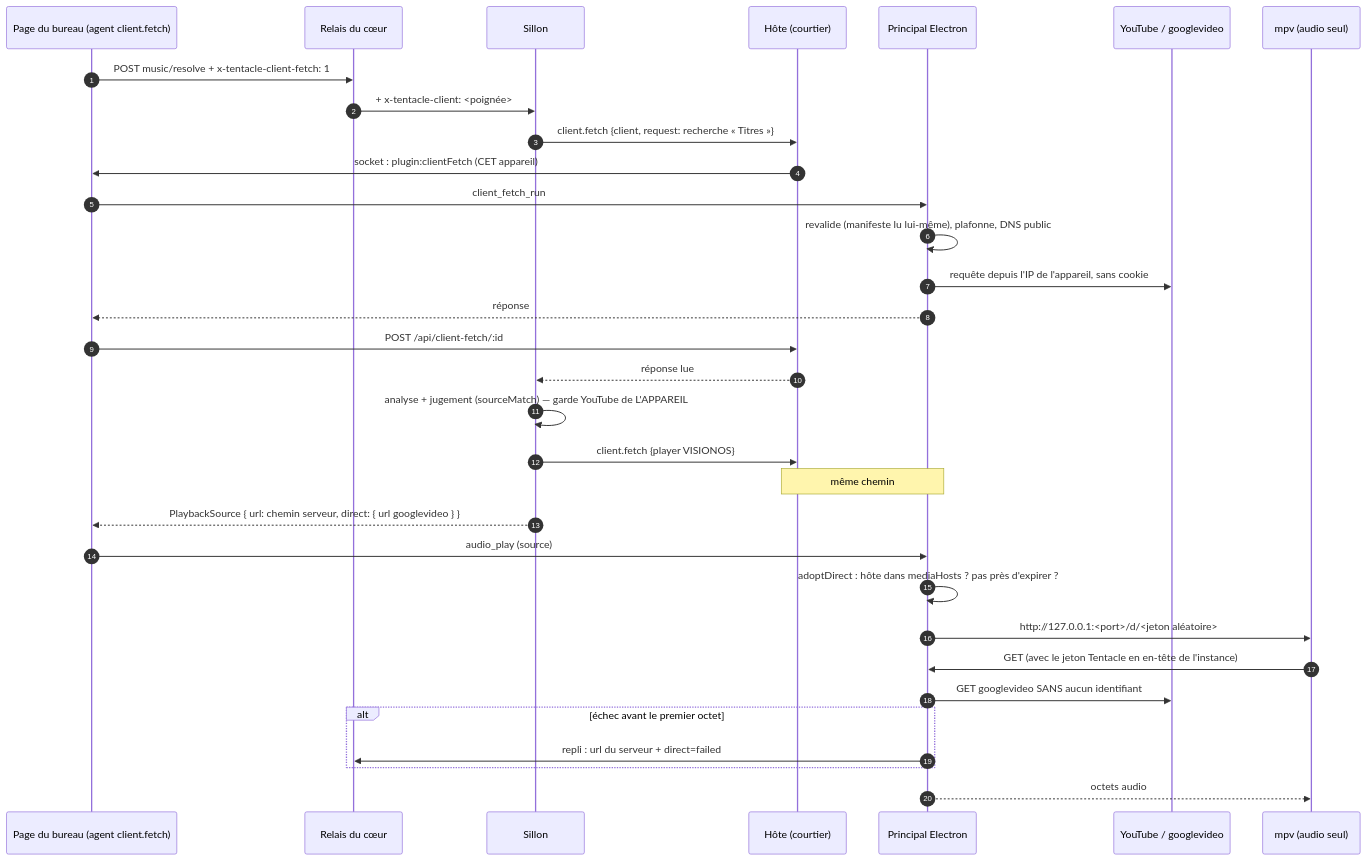
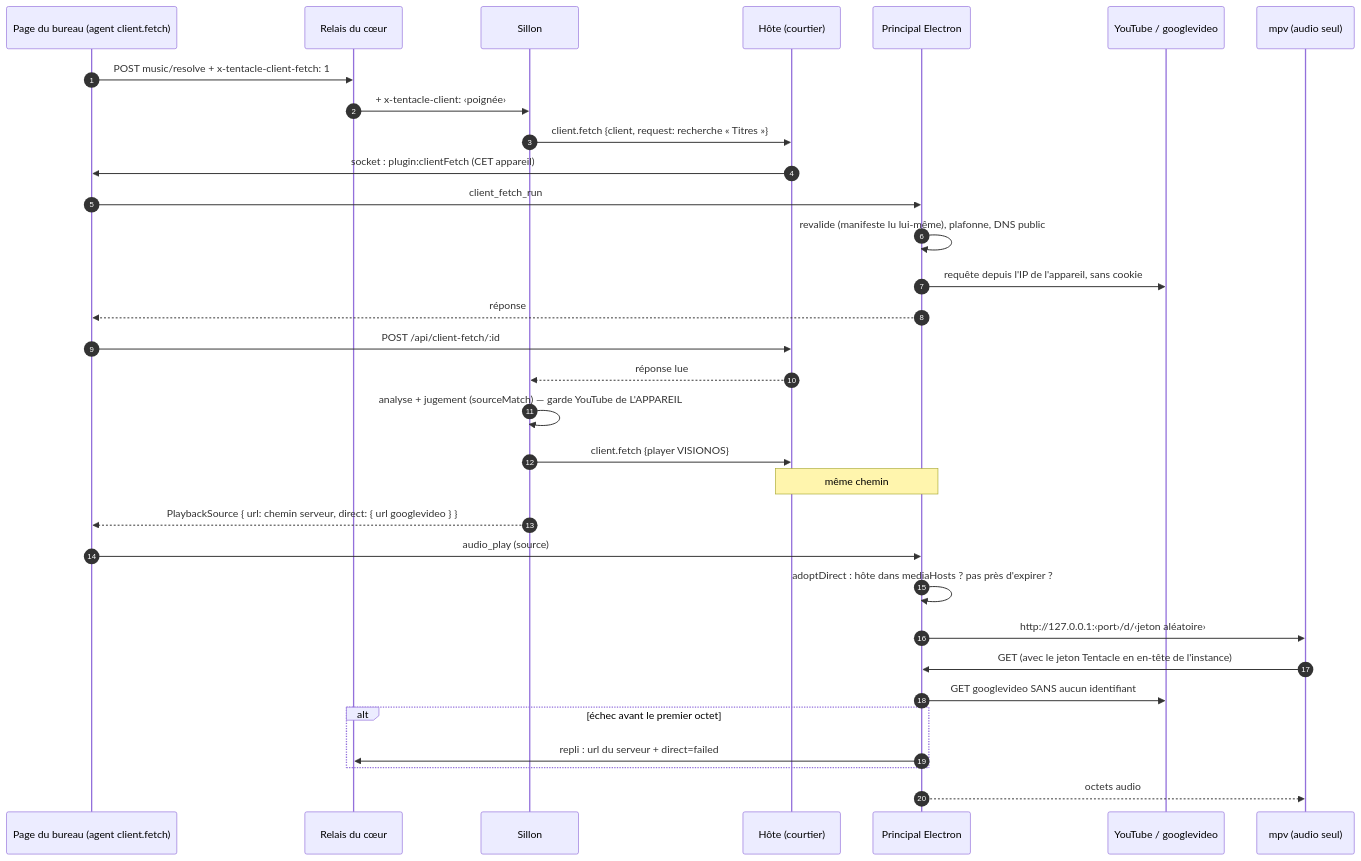
One commit to Knaox/Tentacle-TV changed the fifth of 8 diagrams in docs/octave/CARTOGRAPHIE.md. Above: the diagram before and after it, drawn with Mermaid. The commit also changed other lines of this file, not shown here.

Commit message:
docs(octave) : diagrammes de séquence sans « ; » ni chevrons (rendu Mermaid)

````diff
--- a/docs/octave/CARTOGRAPHIE.md
+++ b/docs/octave/CARTOGRAPHIE.md
@@ -436,34 +436,34 @@
 ```mermaid
 sequenceDiagram
   autonumber
   participant Page as Page du bureau (agent client.fetch)
   participant Relay as Relais du cœur
   participant S as Sillon
   participant Host as Hôte (courtier)
   participant Main as Principal Electron
   participant YT as YouTube / googlevideo
   participant Mpv as mpv (audio seul)
   Page->>Relay: POST music/resolve + x-tentacle-client-fetch: 1
-  Relay->>S: + x-tentacle-client: <poignée>
+  Relay->>S: + x-tentacle-client: ‹poignée›
   S->>Host: client.fetch {client, request: recherche « Titres »}
   Host->>Page: socket : plugin:clientFetch (CET appareil)
   Page->>Main: client_fetch_run
   Main->>Main: revalide (manifeste lu lui-même), plafonne, DNS public
   Main->>YT: requête depuis l'IP de l'appareil, sans cookie
   Main-->>Page: réponse
   Page->>Host: POST /api/client-fetch/:id
   Host-->>S: réponse lue
   S->>S: analyse + jugement (sourceMatch) — garde YouTube de L'APPAREIL
   S->>Host: client.fetch {player VISIONOS}
   Note over Host,Main: même chemin
   S-->>Page: PlaybackSource { url: chemin serveur, direct: { url googlevideo } }
   Page->>Main: audio_play (source)
   Main->>Main: adoptDirect : hôte dans mediaHosts ? pas près d'expirer ?
-  Main->>Mpv: http://127.0.0.1:<port>/d/<jeton aléatoire>
+  Main->>Mpv: http://127.0.0.1:‹port›/d/‹jeton aléatoire›
   Mpv->>Main: GET (avec le jeton Tentacle en en-tête de l'instance)
   Main->>YT: GET googlevideo SANS aucun identifiant
   alt échec avant le premier octet
     Main->>Relay: repli : url du serveur + direct=failed
   end
   Main-->>Mpv: octets audio
 ```
````
